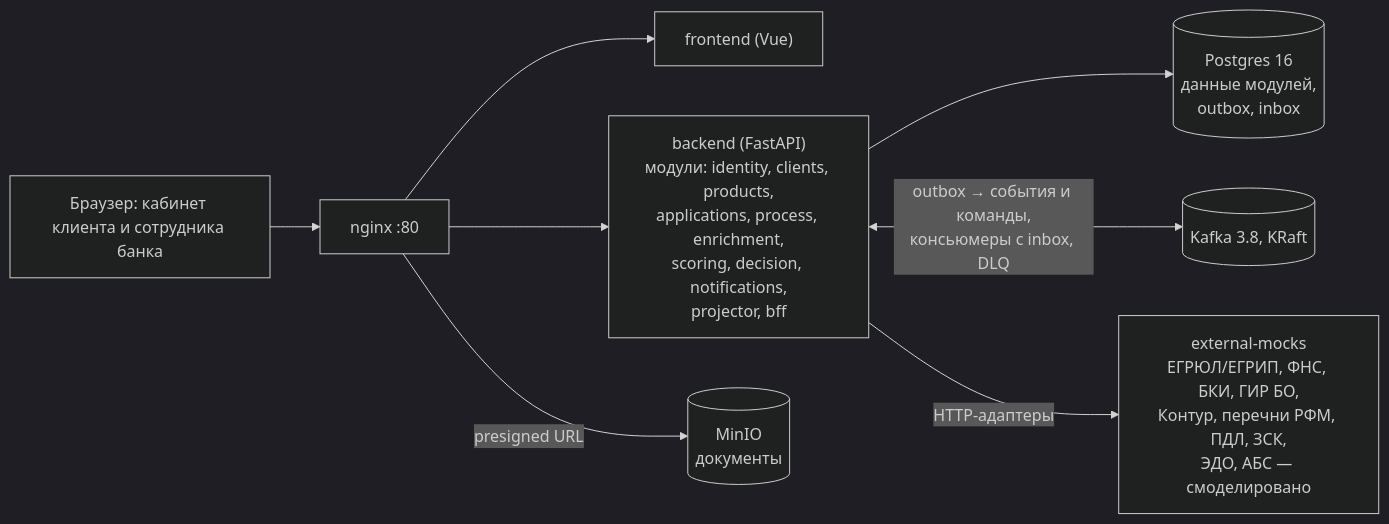
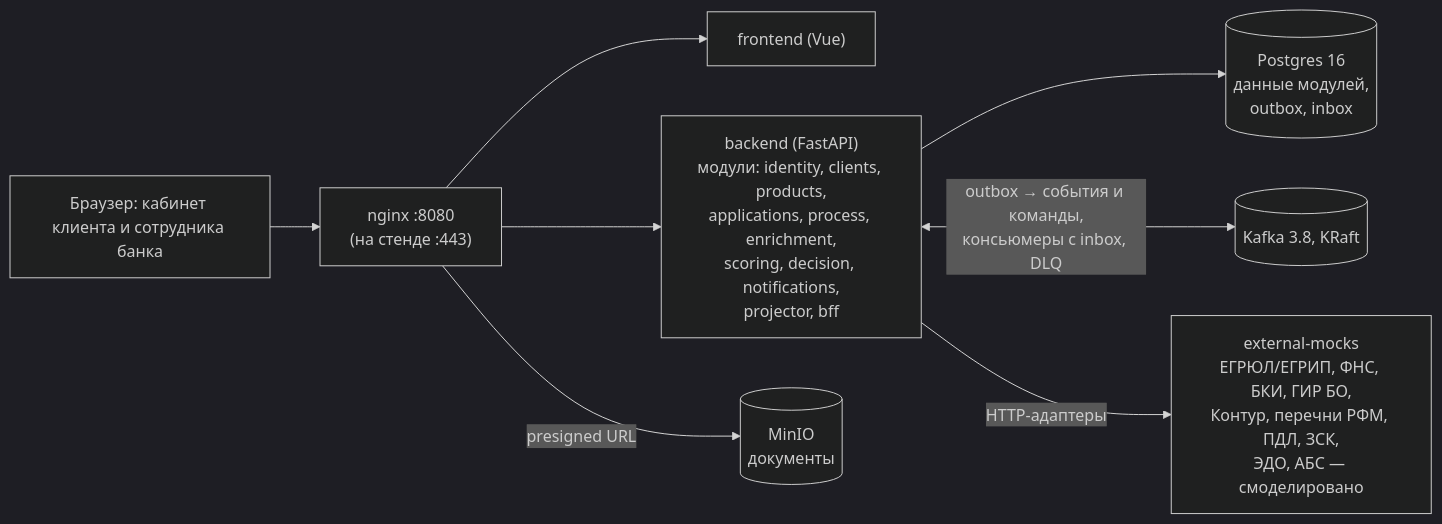
The diagram in README.md (1nsanexeEZ/hackaton_alfabank_2026), drawn with Mermaid (dark theme) before and after one commit. The commit also changed other lines of this file and 5 other files, not shown here.

Commit message:
docs: local launch on 8080, start.cmd, line endings, swagger schema route

````diff
--- a/README.md
+++ b/README.md
@@ -24,10 +24,10 @@
 ```mermaid
 flowchart LR
-    Browser["Браузер: кабинет клиента и сотрудника банка"] --> Nginx["nginx :80"]
+    Browser["Браузер: кабинет клиента и сотрудника банка"] --> Nginx["nginx :8080<br/>(на стенде :443)"]
     Nginx --> Frontend["frontend (Vue)"]
     Nginx --> Backend["backend (FastAPI)<br/>модули: identity, clients, products,<br/>applications, process, enrichment,<br/>scoring, decision, notifications,<br/>projector, bff"]
     Nginx -->|presigned URL| MinIO[("MinIO<br/>документы")]
     Backend --> Postgres[("Postgres 16<br/>данные модулей,<br/>outbox, inbox")]
     Backend <-->|outbox → события и команды,<br/>консьюмеры с inbox, DLQ| Kafka[("Kafka 3.8, KRaft")]
     Backend -->|HTTP-адаптеры| Mocks["external-mocks<br/>ЕГРЮЛ/ЕГРИП, ФНС, БКИ, ГИР БО,<br/>Контур, перечни РФМ, ПДЛ, ЗСК,<br/>ЭДО, АБС — смоделировано"]
 ```
````
